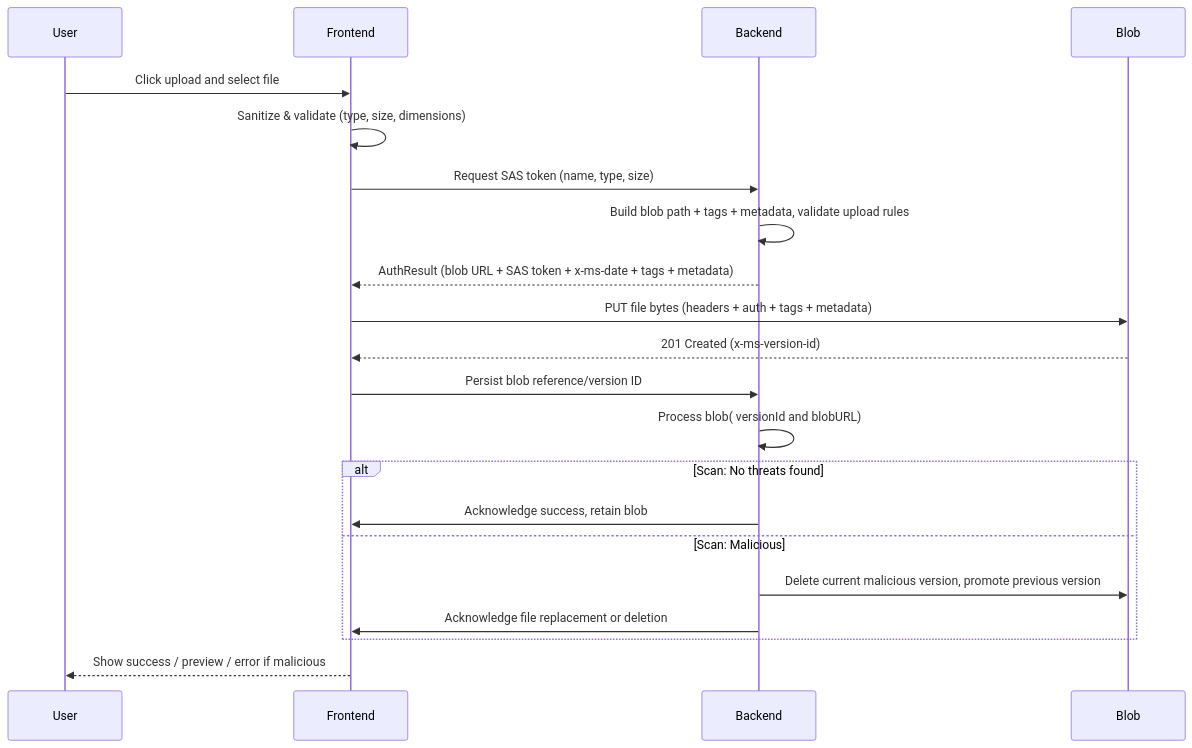
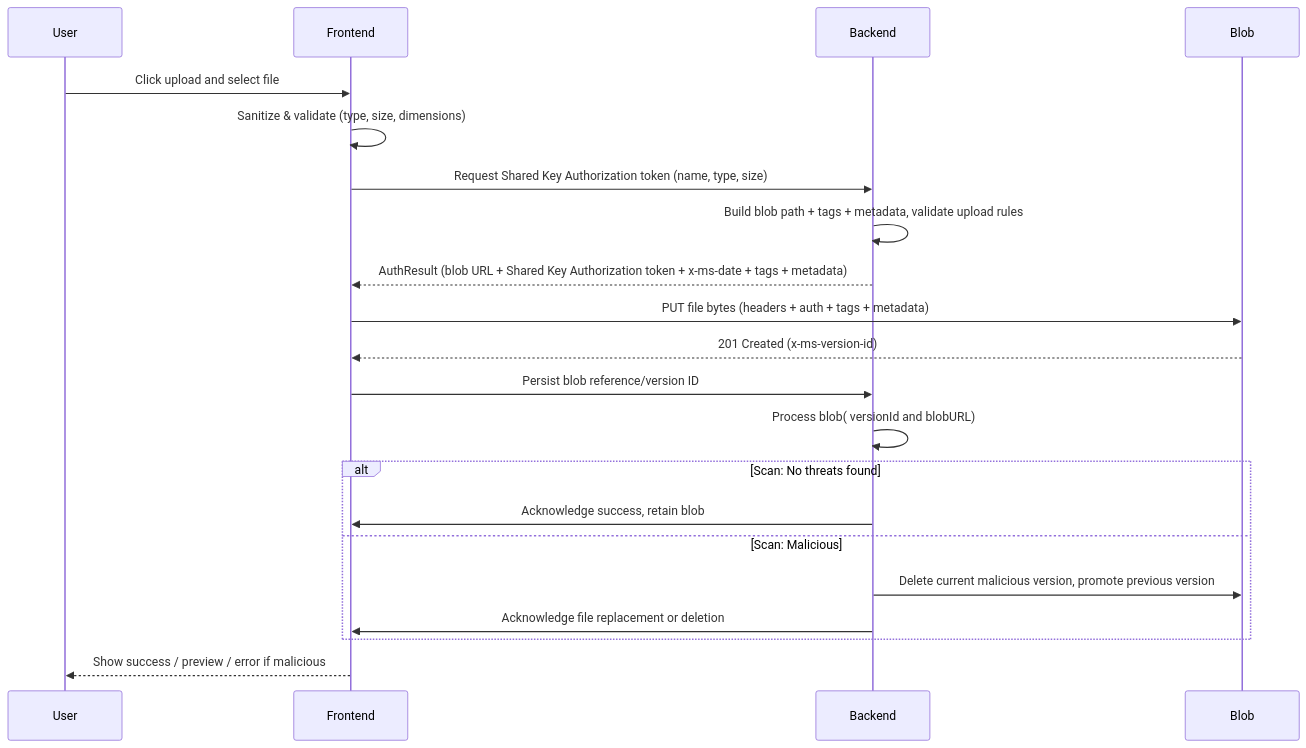
One commit to simnova/sharethrift changed the diagram in apps/docs/docs/decisions/0022-existing-azure-upload.md. Above: the diagram before and after it, drawn with Mermaid. The commit also changed other lines of this file, not shown here.

Commit message:
Refine documentation to clarify the use of Valet Key pattern (Shared Key Authorization) for Azure Blob uploads

````diff
--- a/apps/docs/docs/decisions/0022-existing-azure-upload.md
+++ b/apps/docs/docs/decisions/0022-existing-azure-upload.md
@@ -82,24 +82,24 @@
 ```mermaid
 sequenceDiagram
 participant User
 participant Frontend
 participant Backend
 participant Blob
 
 User->>Frontend: Click upload and select file
 Frontend->>Frontend: Sanitize & validate (type, size, dimensions)
-Frontend->>Backend: Request SAS token (name, type, size)
+Frontend->>Backend: Request Shared Key Authorization token (name, type, size)
 Backend->>Backend: Build blob path + tags + metadata, validate upload rules
-Backend-->>Frontend: AuthResult (blob URL + SAS token + x-ms-date + tags + metadata)
+Backend-->>Frontend: AuthResult (blob URL + Shared Key Authorization token + x-ms-date + tags + metadata)
 Frontend->>Blob: PUT file bytes (headers + auth + tags + metadata)
 Blob-->>Frontend: 201 Created (x-ms-version-id)
 Frontend->>Backend: Persist blob reference/version ID
 Backend->>Backend: Process blob( versionId and blobURL)
 alt Scan: No threats found
     Backend->>Frontend: Acknowledge success, retain blob
 else Scan: Malicious
     Backend->>Blob: Delete current malicious version, promote previous version
     Backend->>Frontend: Acknowledge file replacement or deletion
 end
 Frontend-->>User: Show success / preview / error if malicious
 ```
````
